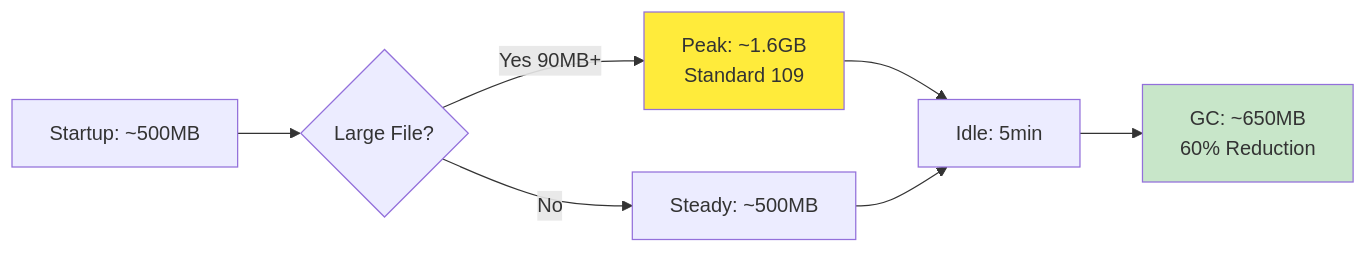
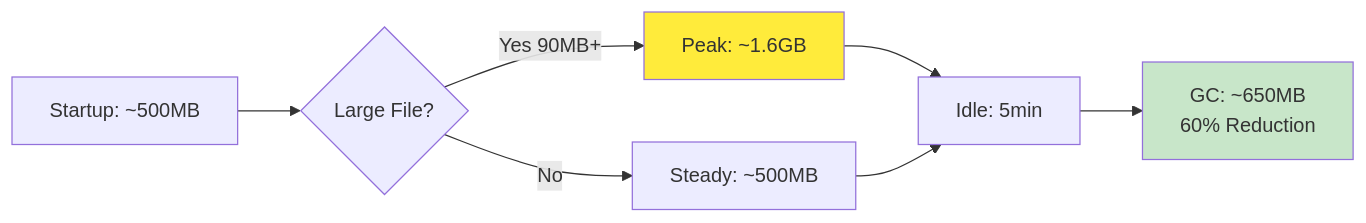
Before and after one commit to minerva-devs/anchor-engine-node: the eighth of 8 diagrams in specs/spec.md, drawn with Mermaid. The commit also changed other lines of this file, not shown here.

Commit message:
docs: remove stale Standard 115/109 references and dead Context Engine module entry

````diff
--- a/specs/spec.md
+++ b/specs/spec.md
@@ -761,11 +760,11 @@
 ```mermaid
 flowchart LR
     A[Startup: ~500MB] --> B{Large File?}
-    B -->|Yes 90MB+| C[Peak: ~1.6GB<br/>Standard 109]
+    B -->|Yes 90MB+| C[Peak: ~1.6GB]
     B -->|No| D[Steady: ~500MB]
     C --> E[Idle: 5min]
     D --> E
     E --> F[GC: ~650MB<br/>60% Reduction]
     style C fill:#ffeb3b
     style F fill:#c8e6c9
 ```
````
